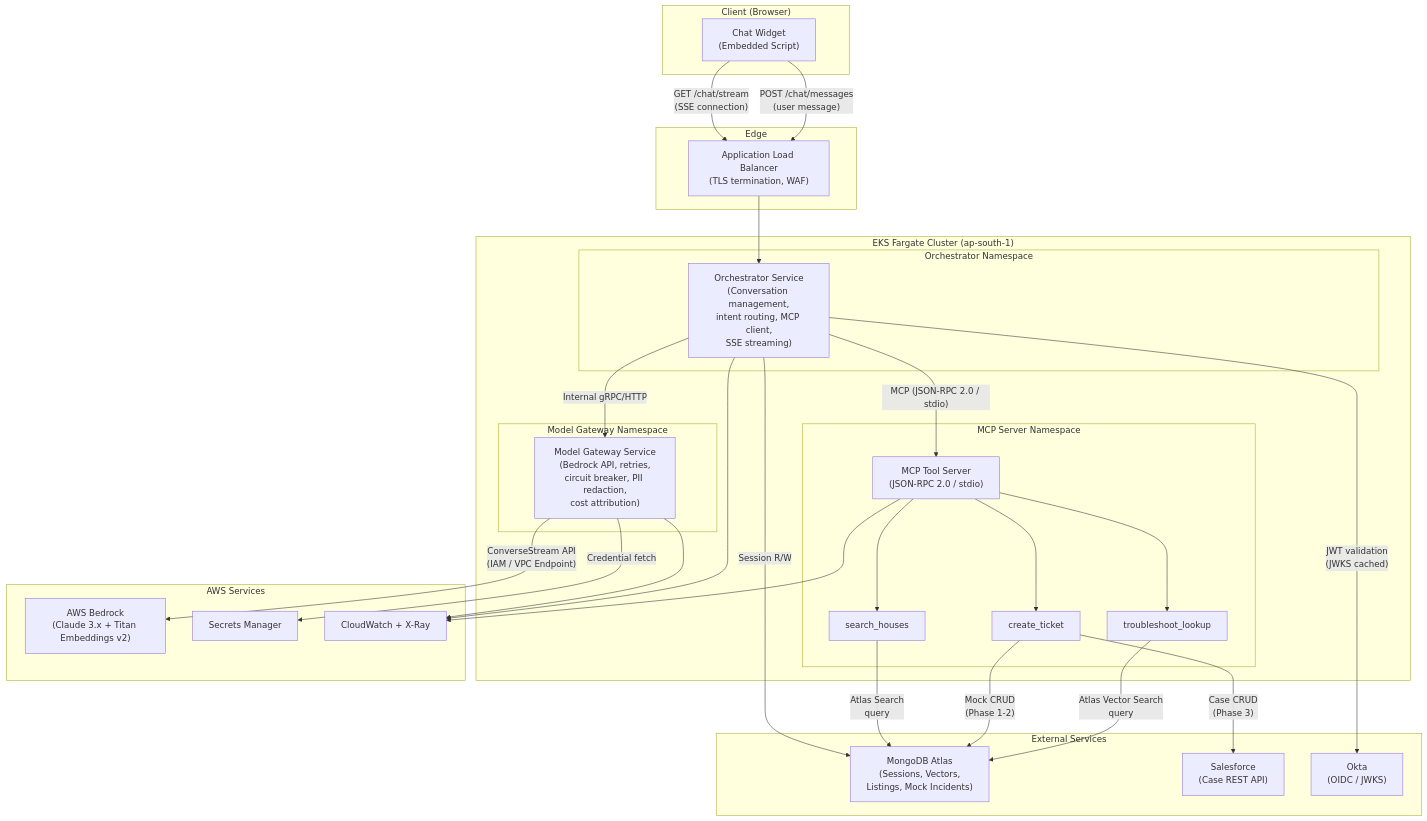
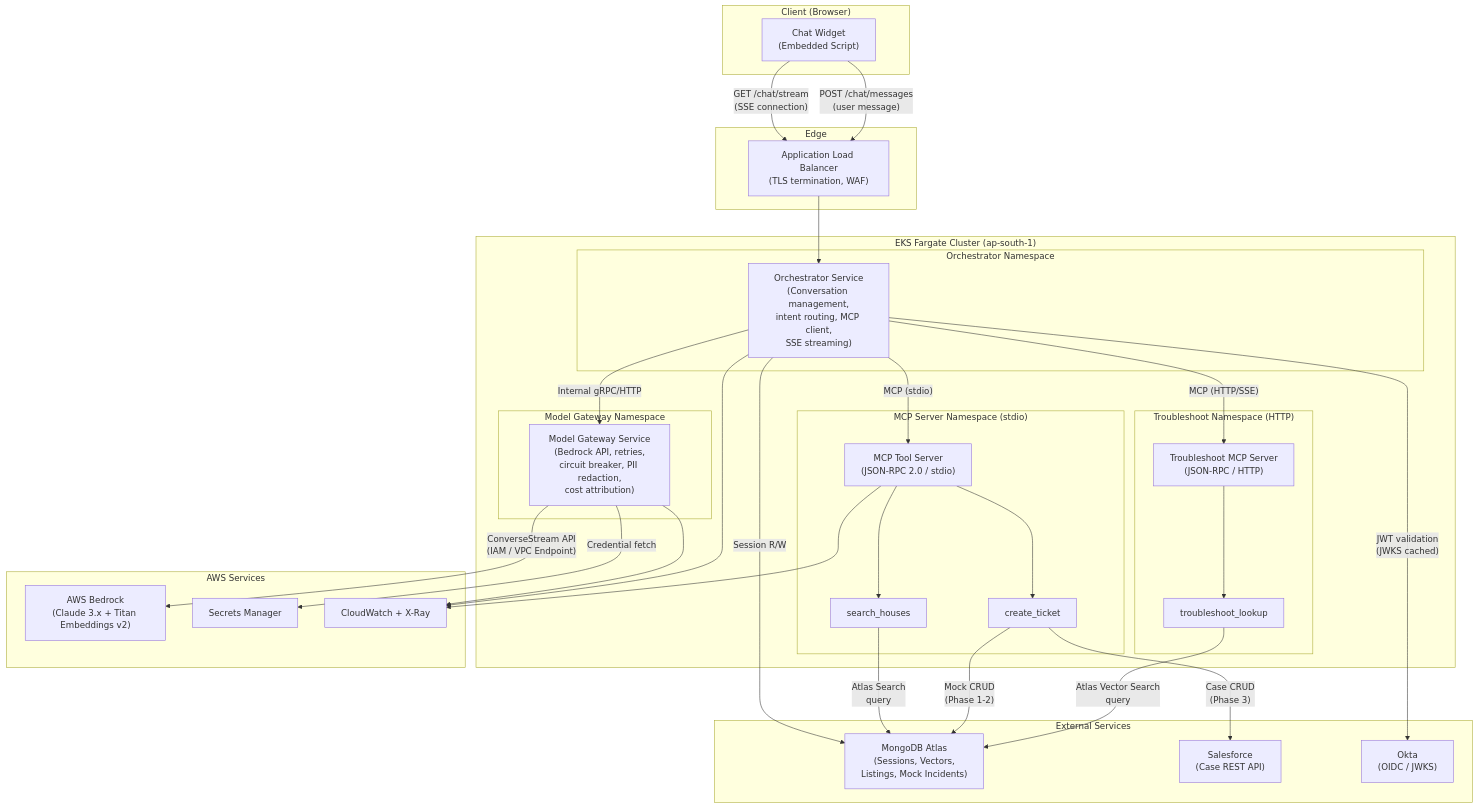
The second of 7 diagrams in docs/architecture.md (SandeepPamujula/prop-agent), drawn with Mermaid before and after one commit. The commit also changed other lines of this file and 10 other files, not shown here.

````diff
--- a/docs/architecture.md
+++ b/docs/architecture.md
@@ -94,65 +94,70 @@
 ```mermaid
 graph TB
     subgraph "Client (Browser)"
         W["Chat Widget<br/>(Embedded Script)"]
     end
 
     subgraph "Edge"
         ALB["Application Load Balancer<br/>(TLS termination, WAF)"]
     end
 
     subgraph "EKS Fargate Cluster (ap-south-1)"
         subgraph "Orchestrator Namespace"
             ORCH["Orchestrator Service<br/>(Conversation management,<br/>intent routing, MCP client,<br/>SSE streaming)"]
         end
 
         subgraph "Model Gateway Namespace"
             MGW["Model Gateway Service<br/>(Bedrock API, retries,<br/>circuit breaker, PII redaction,<br/>cost attribution)"]
         end
 
-        subgraph "MCP Server Namespace"
+        subgraph "MCP Server Namespace (stdio)"
             MCP_SRV["MCP Tool Server<br/>(JSON-RPC 2.0 / stdio)"]
-            T1["troubleshoot_lookup"]
             T2["create_ticket"]
             T3["search_houses"]
-            MCP_SRV --> T1
             MCP_SRV --> T2
             MCP_SRV --> T3
+        end
+
+        subgraph "Troubleshoot Namespace (HTTP)"
+            TS_SRV["Troubleshoot MCP Server<br/>(JSON-RPC / HTTP)"]
+            T1["troubleshoot_lookup"]
+            TS_SRV --> T1
         end
     end
 
     subgraph "AWS Services"
         BRK["AWS Bedrock<br/>(Claude 3.x + Titan Embeddings v2)"]
         SM["Secrets Manager"]
         CW["CloudWatch + X-Ray"]
     end
 
     subgraph "External Services"
         MONGO["MongoDB Atlas<br/>(Sessions, Vectors,<br/>Listings, Mock Incidents)"]
         SF["Salesforce<br/>(Case REST API)"]
         OKTA["Okta<br/>(OIDC / JWKS)"]
     end
 
     W -- "POST /chat/messages<br/>(user message)" --> ALB
     W -- "GET /chat/stream<br/>(SSE connection)" --> ALB
     ALB --> ORCH
 
     ORCH -- "Internal gRPC/HTTP" --> MGW
-    ORCH -- "MCP (JSON-RPC 2.0 / stdio)" --> MCP_SRV
+    ORCH -- "MCP (stdio)" --> MCP_SRV
+    ORCH -- "MCP (HTTP/SSE)" --> TS_SRV
 
     MGW -- "ConverseStream API<br/>(IAM / VPC Endpoint)" --> BRK
 
     T1 -- "Atlas Vector Search<br/>query" --> MONGO
     T2 -- "Case CRUD<br/>(Phase 3)" --> SF
     T2 -- "Mock CRUD<br/>(Phase 1-2)" --> MONGO
     T3 -- "Atlas Search<br/>query" --> MONGO
 
     ORCH -- "Session R/W" --> MONGO
     ORCH -- "JWT validation<br/>(JWKS cached)" --> OKTA
 
     ORCH --> CW
     MGW --> CW
     MCP_SRV --> CW
 
     MGW -- "Credential fetch" --> SM
 ```
````
